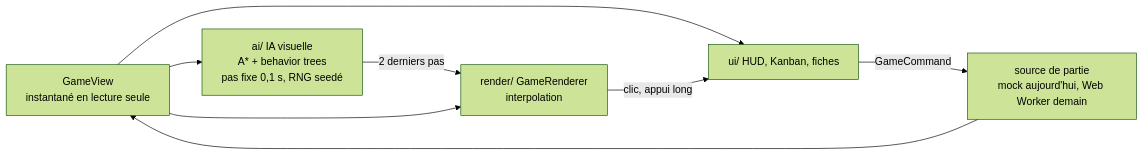
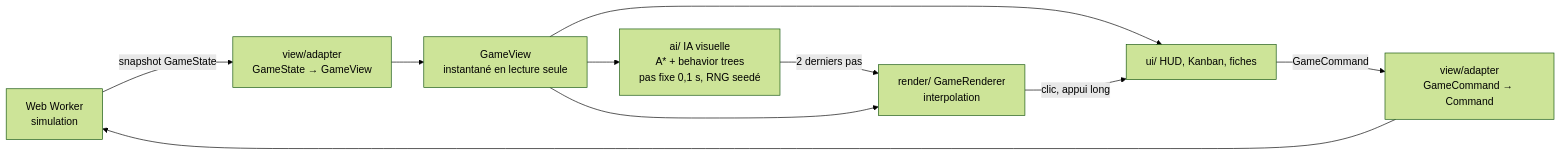
One commit to 7h0mas92/Open_Space_Simulator changed the third of 3 diagrams in README.md. Above: the diagram before and after it, drawn with Mermaid (forest theme). The commit also changed other lines of this file and 37 other files, not shown here.

First line of the commit message:
feat(client): play on the real simulation instead of the mock game

````diff
--- a/README.md
+++ b/README.md
@@ -127,10 +127,12 @@
 ```mermaid
 flowchart LR
-  V[GameView<br/>instantané en lecture seule] --> AI[ai/ IA visuelle<br/>A* + behavior trees<br/>pas fixe 0,1 s, RNG seedé]
+  W[Web Worker<br/>simulation] -- snapshot GameState --> AD[view/adapter<br/>GameState → GameView]
+  AD --> V[GameView<br/>instantané en lecture seule]
+  V --> AI[ai/ IA visuelle<br/>A* + behavior trees<br/>pas fixe 0,1 s, RNG seedé]
   AI -- 2 derniers pas --> R[render/ GameRenderer<br/>interpolation]
   V --> R
   V --> UI[ui/ HUD, Kanban, fiches]
-  UI -- GameCommand --> SRC[source de partie<br/>mock aujourd'hui, Web Worker demain]
-  SRC --> V
+  UI -- GameCommand --> AD2[view/adapter<br/>GameCommand → Command]
+  AD2 --> W
   R -- clic, appui long --> UI
 ```
````
